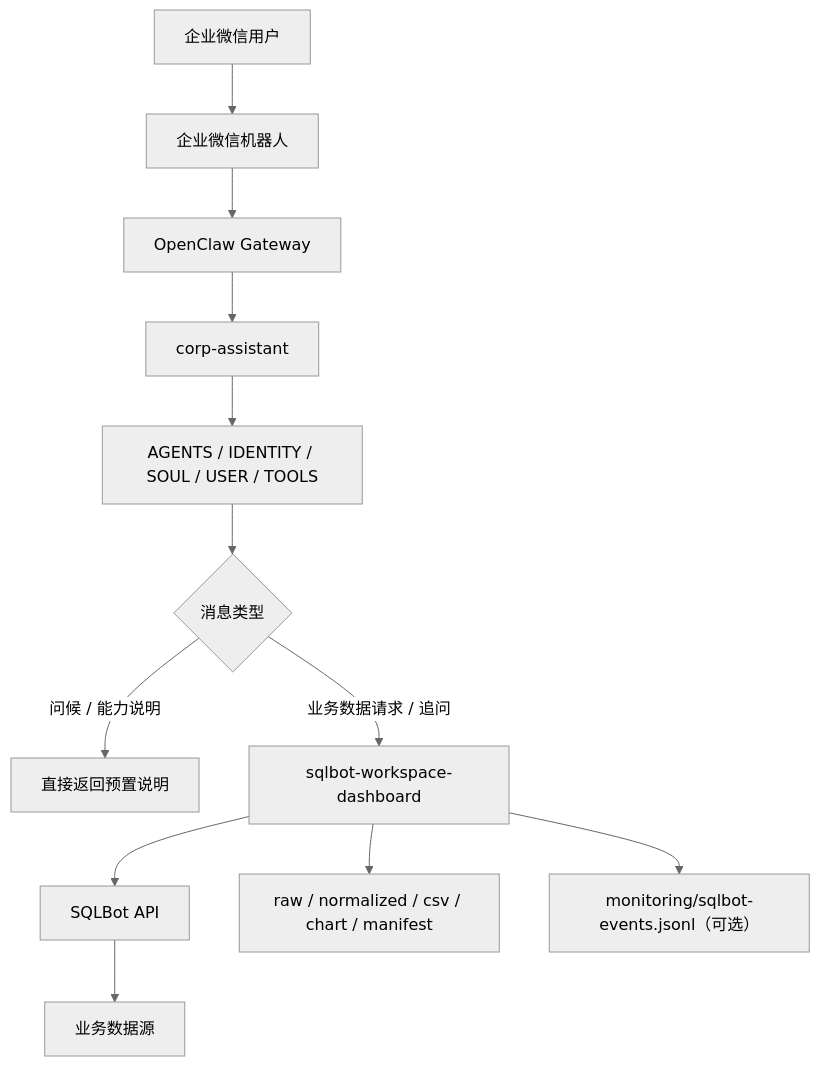
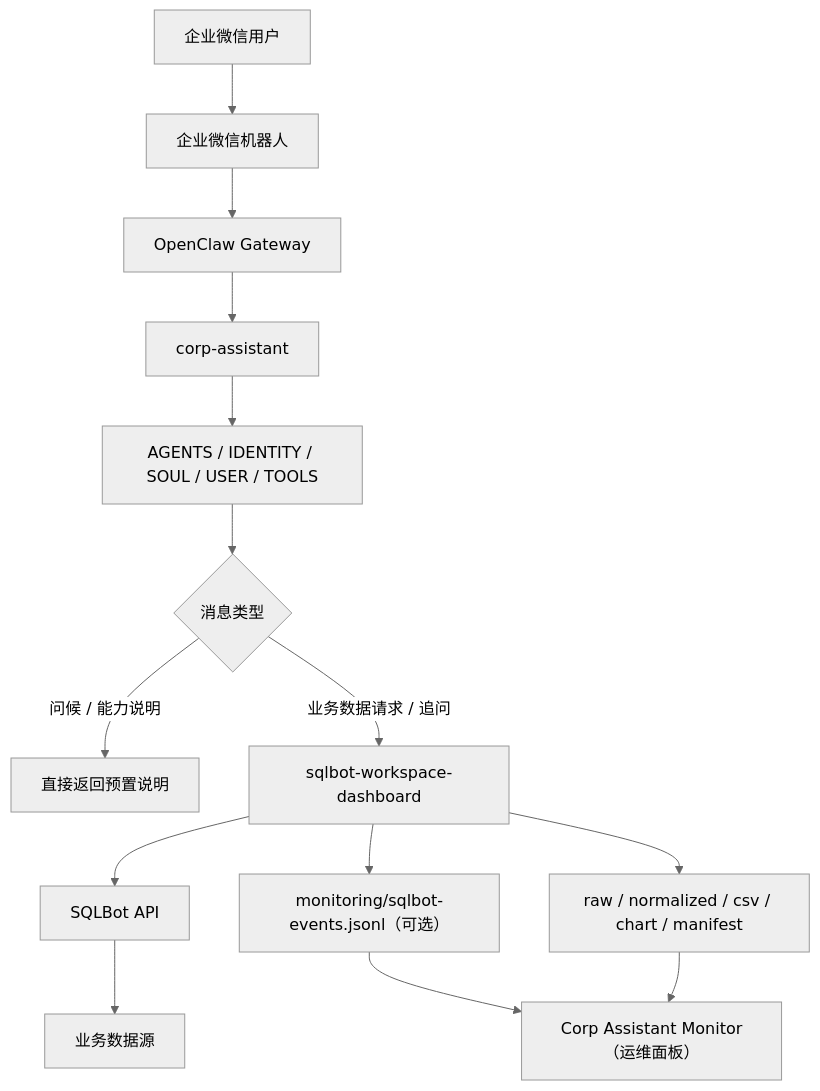
The diagram in readme.md (firo1603/WeCom_SQL_Assistant), drawn with Mermaid (neutral theme) before and after one commit. The commit also changed other lines of this file and 4 other files, not shown here.

````diff
--- a/readme.md
+++ b/readme.md
@@ -48,14 +69,16 @@
 ```mermaid
 flowchart TD
     User["企业微信用户"] --> WeCom["企业微信机器人"]
     WeCom --> Gateway["OpenClaw Gateway"]
     Gateway --> Corp["corp-assistant"]
     Corp --> Prompt["AGENTS / IDENTITY / SOUL / USER / TOOLS"]
     Prompt --> Route{"消息类型"}
     Route -->|"问候 / 能力说明"| Direct["直接返回预置说明"]
     Route -->|"业务数据请求 / 追问"| Skill["sqlbot-workspace-dashboard"]
     Skill --> SQLBot["SQLBot API"]
     SQLBot --> DB["业务数据源"]
     Skill --> Artifacts["raw / normalized / csv / chart / manifest"]
     Skill --> Trace["monitoring/sqlbot-events.jsonl（可选）"]
+    Trace --> Monitor["Corp Assistant Monitor（运维面板）"]
+    Artifacts --> Monitor
 ```
````
